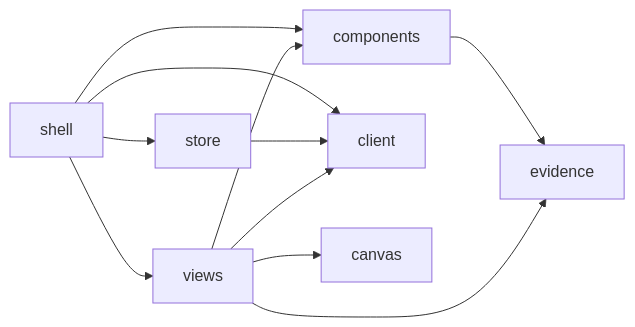
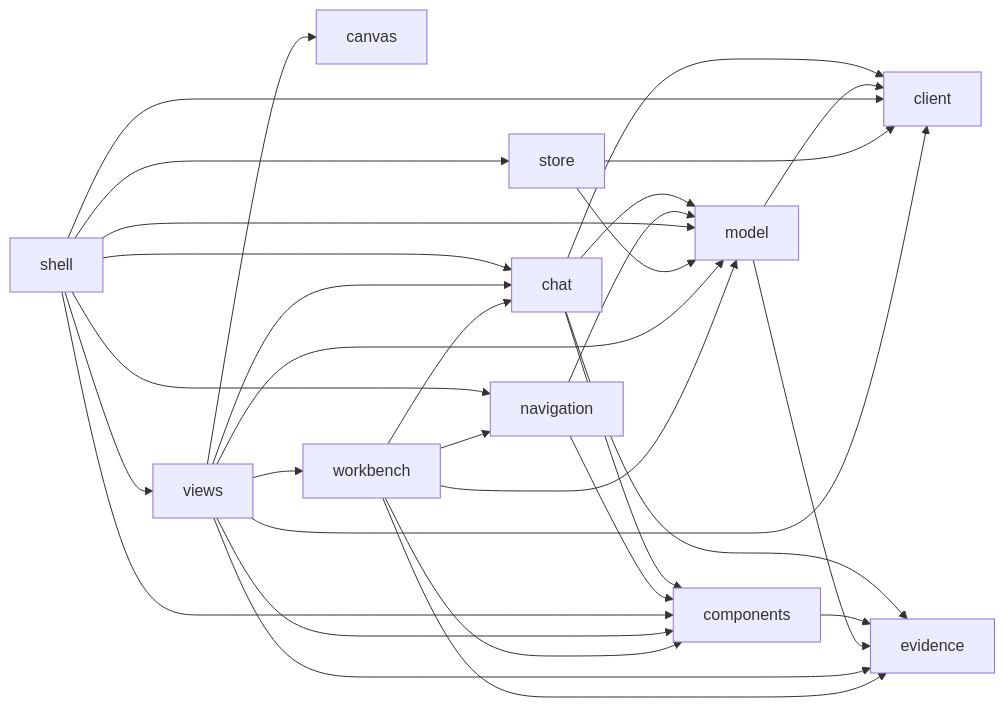
Before and after one commit to rapiddweller/archkeel: the diagram in src/archkeel/studio/ui/AGENTS.md, drawn with Mermaid. The commit also changed other lines of this file and 103 other files, not shown here.

````diff
--- a/src/archkeel/studio/ui/AGENTS.md
+++ b/src/archkeel/studio/ui/AGENTS.md
@@ -26,13 +30,33 @@
 ```mermaid
 flowchart LR
+    chat --> client
+    chat --> components
+    chat --> evidence
+    chat --> model
     components --> evidence
+    model --> client
+    model --> evidence
+    navigation --> components
+    navigation --> model
+    shell --> chat
     shell --> client
     shell --> components
+    shell --> model
+    shell --> navigation
     shell --> store
     shell --> views
     store --> client
+    store --> model
     views --> canvas
+    views --> chat
     views --> client
     views --> components
     views --> evidence
+    views --> model
+    views --> workbench
+    workbench --> chat
+    workbench --> components
+    workbench --> evidence
+    workbench --> model
+    workbench --> navigation
 ```
````
